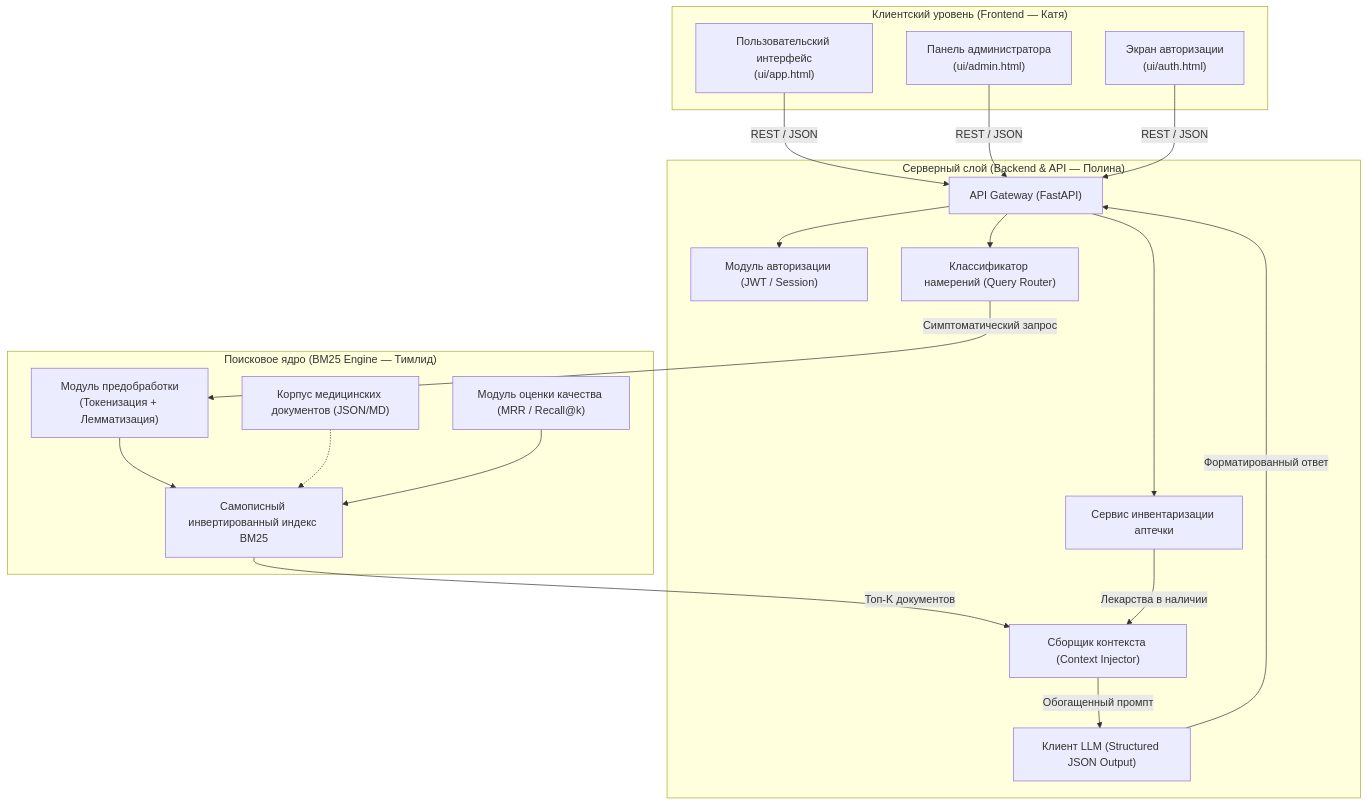
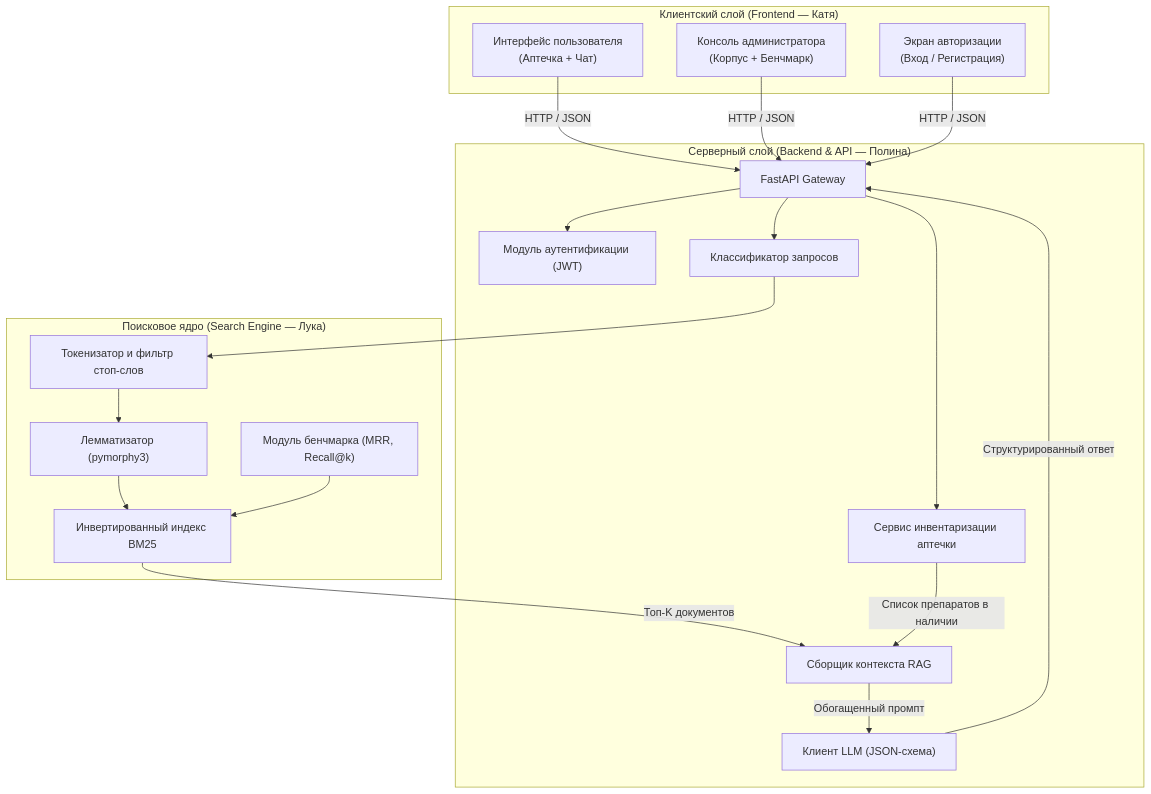
One commit to JavyBinary/smart-first-aid-kit changed the diagram in project/spec/tech/architecture.md. Above: the diagram before and after it, drawn with Mermaid. The commit also changed other lines of this file and 17 other files, not shown here.

````diff
--- a/project/spec/tech/architecture.md
+++ b/project/spec/tech/architecture.md
@@ -11,43 +9,43 @@
 ```mermaid
 flowchart TD
-    subgraph Client["Клиентский уровень (Frontend — Катя)"]
-        UI_User["Пользовательский интерфейс<br/>(ui/app.html)"]
-        UI_Admin["Панель администратора<br/>(ui/admin.html)"]
-        UI_Auth["Экран авторизации<br/>(ui/auth.html)"]
+    subgraph Client["Клиентский слой (Frontend — Катя)"]
+        UI_User["Интерфейс пользователя<br/>(Аптечка + Чат)"]
+        UI_Admin["Консоль администратора<br/>(Корпус + Бенчмарк)"]
+        UI_Auth["Экран авторизации<br/>(Вход / Регистрация)"]
     end
 
-    subgraph Gateway["Серверный слой (Backend & API — Полина)"]
-        API["API Gateway (FastAPI)"]
-        AuthService["Модуль авторизации (JWT / Session)"]
-        KitService["Сервис инвентаризации аптечки"]
-        Router["Классификатор намерений (Query Router)"]
-        ContextBuilder["Сборщик контекста (Context Injector)"]
-        LLM_Client["Клиент LLM (Structured JSON Output)"]
+    subgraph Server["Серверный слой (Backend & API — Полина)"]
+        API["FastAPI Gateway"]
+        AuthModule["Модуль аутентификации (JWT)"]
+        KitModule["Сервис инвентаризации аптечки"]
+        QueryRouter["Классификатор запросов"]
+        ContextInjector["Сборщик контекста RAG"]
+        LLM_Module["Клиент LLM (JSON-схема)"]
     end
 
-    subgraph SearchCore["Поисковое ядро (BM25 Engine — Тимлид)"]
-        Preprocessor["Модуль предобработки<br/>(Токенизация + Лемматизация)"]
-        BM25_Index["Самописный инвертированный индекс BM25"]
-        CorpusStore["Корпус медицинских документов (JSON/MD)"]
-        BenchmarkRunner["Модуль оценки качества (MRR / Recall@k)"]
+    subgraph Core["Поисковое ядро (Search Engine — Лука)"]
+        Tokenizer["Токенизатор и фильтр стоп-слов"]
+        Lemmatizer["Лемматизатор (pymorphy3)"]
+        BM25_Index["Инвертированный индекс BM25"]
+        BenchmarkRunner["Модуль бенчмарка (MRR, Recall@k)"]
     end
 
-    UI_User -->|REST / JSON| API
-    UI_Admin -->|REST / JSON| API
-    UI_Auth -->|REST / JSON| API
+    UI_User -->|HTTP / JSON| API
+    UI_Admin -->|HTTP / JSON| API
+    UI_Auth -->|HTTP / JSON| API
 
-    API --> AuthService
-    API --> KitService
-    API --> Router
+    API --> AuthModule
+    API --> KitModule
+    API --> QueryRouter
 
-    Router -->|Симптоматический запрос| Preprocessor
-    Preprocessor --> BM25_Index
-    CorpusStore -.-> BM25_Index
+    QueryRouter --> Tokenizer
+    Tokenizer --> Lemmatizer
+    Lemmatizer --> BM25_Index
 
-    BM25_Index -->|Топ-K документов| ContextBuilder
-    KitService -->|Лекарства в наличии| ContextBuilder
-    ContextBuilder -->|Обогащенный промпт| LLM_Client
-    LLM_Client -->|Форматированный ответ| API
+    BM25_Index -->|Топ-K документов| ContextInjector
+    KitModule -->|Список препаратов в наличии| ContextInjector
+    ContextInjector -->|Обогащенный промпт| LLM_Module
+    LLM_Module -->|Структурированный ответ| API
 
     BenchmarkRunner --> BM25_Index
 ```
````
